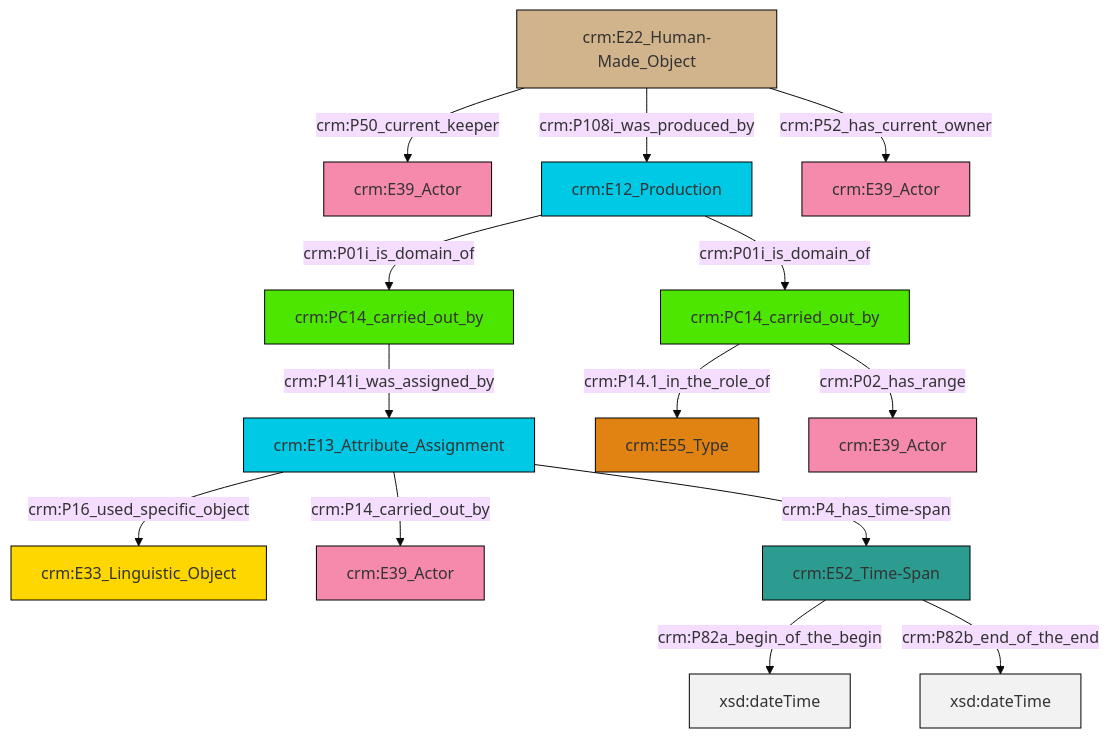
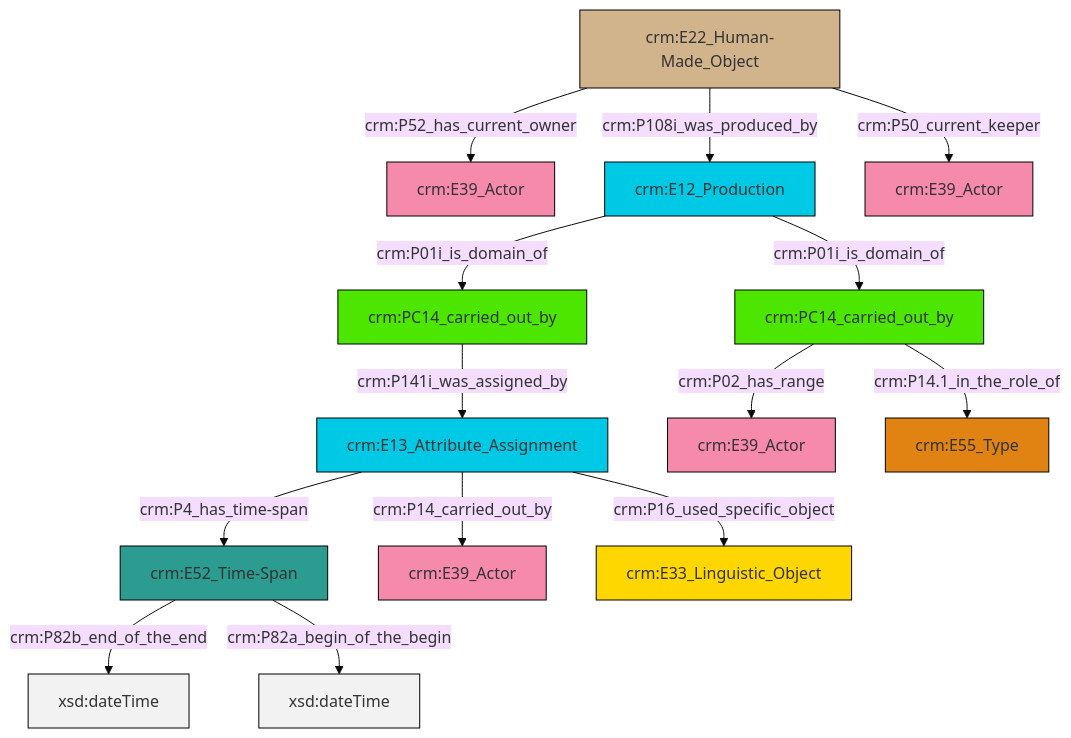
The diagram in et/carrierCSV/ttl/mmd/carrier_relations.ttl.mmd (swiss-art-research-net/docs.swissartresearch), drawn with Mermaid (base theme) before and after one commit. The commit also changed 210 other files, not shown here.

```diff
--- a/et/carrierCSV/ttl/mmd/carrier_relations.ttl.mmd
+++ b/et/carrierCSV/ttl/mmd/carrier_relations.ttl.mmd
@@ -1,28 +1,28 @@
 graph TD
 classDef Literal fill:#f2f2f2,stroke:#000000;
 classDef CRM_Entity fill:#FFFFFF,stroke:#000000;
 classDef Temporal_Entity fill:#00C9E6, stroke:#000000;
 classDef Type fill:#E18312, stroke:#000000;
 classDef Time-Span fill:#2C9C91, stroke:#000000;
 classDef Appellation fill:#FFEB7F, stroke:#000000;
 classDef Place fill:#008836, stroke:#000000;
 classDef Persistent_Item fill:#B266B2, stroke:#000000;
 classDef Conceptual_Object fill:#FFD700, stroke:#000000;
 classDef Physical_Thing fill:#D2B48C, stroke:#000000;
 classDef Actor fill:#f58aad, stroke:#000000;
 classDef PC_Classes fill:#4ce600, stroke:#000000;
 classDef Multi fill:#cccccc,stroke:#000000;
 
-0["crm:E13_Attribute_Assignment"]:::Temporal_Entity -->|crm:P16_used_specific_object| 1["crm:E33_Linguistic_Object"]:::Conceptual_Object
-2["crm:PC14_carried_out_by"]:::PC_Classes -->|crm:P14.1_in_the_role_of| 3["crm:E55_Type"]:::Type
-6["crm:PC14_carried_out_by"]:::PC_Classes -->|crm:P141i_was_assigned_by| 0["crm:E13_Attribute_Assignment"]:::Temporal_Entity
-0["crm:E13_Attribute_Assignment"]:::Temporal_Entity -->|crm:P14_carried_out_by| 4["crm:E39_Actor"]:::Actor
-9["crm:E22_Human-Made_Object"]:::Physical_Thing -->|crm:P108i_was_produced_by| 10["crm:E12_Production"]:::Temporal_Entity
-11["crm:E52_Time-Span"]:::Time-Span -->|crm:P82a_begin_of_the_begin| 12[xsd:dateTime]:::Literal
-10["crm:E12_Production"]:::Temporal_Entity -->|crm:P01i_is_domain_of| 6["crm:PC14_carried_out_by"]:::PC_Classes
-11["crm:E52_Time-Span"]:::Time-Span -->|crm:P82b_end_of_the_end| 16[xsd:dateTime]:::Literal
-10["crm:E12_Production"]:::Temporal_Entity -->|crm:P01i_is_domain_of| 2["crm:PC14_carried_out_by"]:::PC_Classes
-9["crm:E22_Human-Made_Object"]:::Physical_Thing -->|crm:P52_has_current_owner| 14["crm:E39_Actor"]:::Actor
-9["crm:E22_Human-Made_Object"]:::Physical_Thing -->|crm:P50_current_keeper| 7["crm:E39_Actor"]:::Actor
-2["crm:PC14_carried_out_by"]:::PC_Classes -->|crm:P02_has_range| 24["crm:E39_Actor"]:::Actor
-0["crm:E13_Attribute_Assignment"]:::Temporal_Entity -->|crm:P4_has_time-span| 11["crm:E52_Time-Span"]:::Time-Span
+0["crm:E52_Time-Span"]:::Time-Span -->|crm:P82b_end_of_the_end| 1[xsd:dateTime]:::Literal
+2["crm:E22_Human-Made_Object"]:::Physical_Thing -->|crm:P52_has_current_owner| 3["crm:E39_Actor"]:::Actor
+4["crm:E13_Attribute_Assignment"]:::Temporal_Entity -->|crm:P14_carried_out_by| 5["crm:E39_Actor"]:::Actor
+6["crm:PC14_carried_out_by"]:::PC_Classes -->|crm:P141i_was_assigned_by| 4["crm:E13_Attribute_Assignment"]:::Temporal_Entity
+7["crm:E12_Production"]:::Temporal_Entity -->|crm:P01i_is_domain_of| 8["crm:PC14_carried_out_by"]:::PC_Classes
+8["crm:PC14_carried_out_by"]:::PC_Classes -->|crm:P02_has_range| 10["crm:E39_Actor"]:::Actor
+4["crm:E13_Attribute_Assignment"]:::Temporal_Entity -->|crm:P4_has_time-span| 0["crm:E52_Time-Span"]:::Time-Span
+7["crm:E12_Production"]:::Temporal_Entity -->|crm:P01i_is_domain_of| 6["crm:PC14_carried_out_by"]:::PC_Classes
+4["crm:E13_Attribute_Assignment"]:::Temporal_Entity -->|crm:P16_used_specific_object| 15["crm:E33_Linguistic_Object"]:::Conceptual_Object
+0["crm:E52_Time-Span"]:::Time-Span -->|crm:P82a_begin_of_the_begin| 19[xsd:dateTime]:::Literal
+8["crm:PC14_carried_out_by"]:::PC_Classes -->|crm:P14.1_in_the_role_of| 11["crm:E55_Type"]:::Type
+2["crm:E22_Human-Made_Object"]:::Physical_Thing -->|crm:P108i_was_produced_by| 7["crm:E12_Production"]:::Temporal_Entity
+2["crm:E22_Human-Made_Object"]:::Physical_Thing -->|crm:P50_current_keeper| 22["crm:E39_Actor"]:::Actor
```
